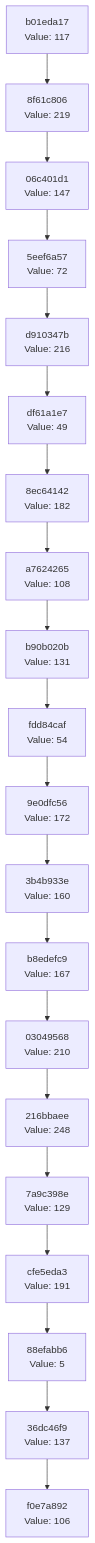
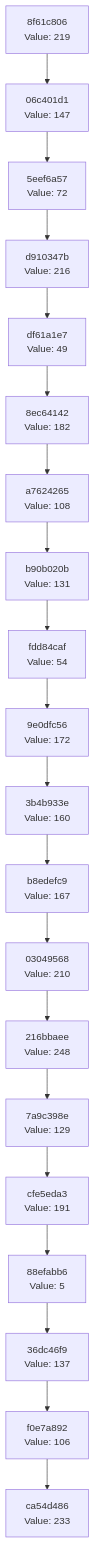
Before and after one commit to Abhisheksinha1506/hash-chain-evolver: the diagram in docs/CHAIN_VISUALIZATION.md, drawn with Mermaid. The commit also changed 2 other files, not shown here.

Commit message:
Evolution Step

````diff
--- a/docs/CHAIN_VISUALIZATION.md
+++ b/docs/CHAIN_VISUALIZATION.md
@@ -3,42 +3,42 @@
 ```mermaid
 graph TD
-    C0["f0e7a892<br/>Value: 106"]
-    C1["36dc46f9<br/>Value: 137"]
+    C0["ca54d486<br/>Value: 233"]
+    C1["f0e7a892<br/>Value: 106"]
     C1 --> C0
-    C2["88efabb6<br/>Value: 5"]
+    C2["36dc46f9<br/>Value: 137"]
     C2 --> C1
-    C3["cfe5eda3<br/>Value: 191"]
+    C3["88efabb6<br/>Value: 5"]
     C3 --> C2
-    C4["7a9c398e<br/>Value: 129"]
+    C4["cfe5eda3<br/>Value: 191"]
     C4 --> C3
-    C5["216bbaee<br/>Value: 248"]
+    C5["7a9c398e<br/>Value: 129"]
     C5 --> C4
-    C6["03049568<br/>Value: 210"]
+    C6["216bbaee<br/>Value: 248"]
     C6 --> C5
-    C7["b8edefc9<br/>Value: 167"]
+    C7["03049568<br/>Value: 210"]
     C7 --> C6
-    C8["3b4b933e<br/>Value: 160"]
+    C8["b8edefc9<br/>Value: 167"]
     C8 --> C7
-    C9["9e0dfc56<br/>Value: 172"]
+    C9["3b4b933e<br/>Value: 160"]
     C9 --> C8
-    C10["fdd84caf<br/>Value: 54"]
+    C10["9e0dfc56<br/>Value: 172"]
     C10 --> C9
-    C11["b90b020b<br/>Value: 131"]
+    C11["fdd84caf<br/>Value: 54"]
     C11 --> C10
-    C12["a7624265<br/>Value: 108"]
+    C12["b90b020b<br/>Value: 131"]
     C12 --> C11
-    C13["8ec64142<br/>Value: 182"]
+    C13["a7624265<br/>Value: 108"]
     C13 --> C12
-    C14["df61a1e7<br/>Value: 49"]
+    C14["8ec64142<br/>Value: 182"]
     C14 --> C13
-    C15["d910347b<br/>Value: 216"]
+    C15["df61a1e7<br/>Value: 49"]
     C15 --> C14
-    C16["5eef6a57<br/>Value: 72"]
+    C16["d910347b<br/>Value: 216"]
     C16 --> C15
-    C17["06c401d1<br/>Value: 147"]
+    C17["5eef6a57<br/>Value: 72"]
     C17 --> C16
-    C18["8f61c806<br/>Value: 219"]
+    C18["06c401d1<br/>Value: 147"]
     C18 --> C17
-    C19["b01eda17<br/>Value: 117"]
+    C19["8f61c806<br/>Value: 219"]
     C19 --> C18
 ```
````
